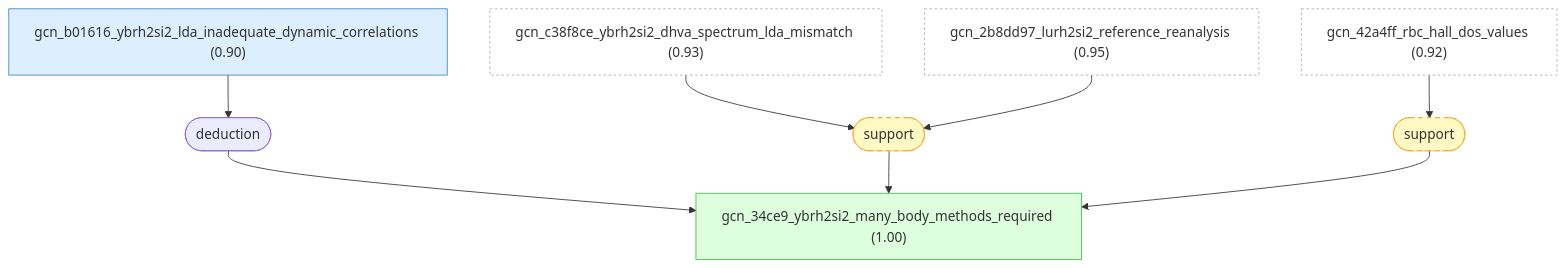
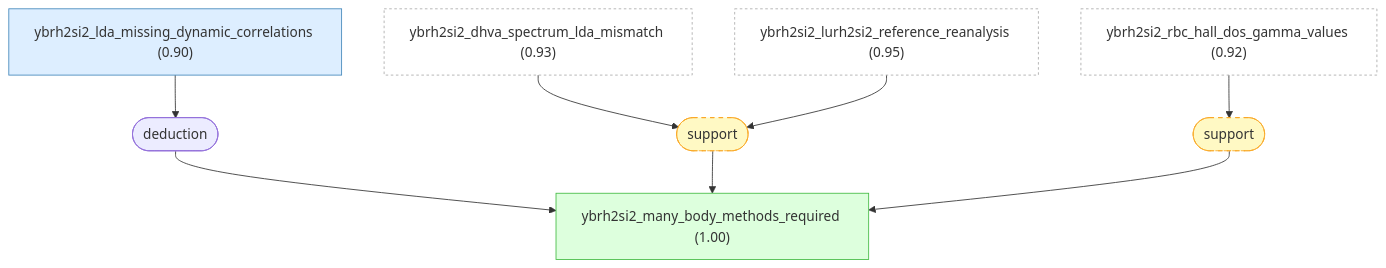
Before and after one commit to Callo42/fermi-liquid-effective-mass-gaia: diagram 12 of 13 in docs/detailed-reasoning.md, drawn with Mermaid. The commit also changed other lines of this file and 33 other files, not shown here.

````diff
--- a/docs/detailed-reasoning.md
+++ b/docs/detailed-reasoning.md
@@ -1170,28 +1170,28 @@
 ```mermaid
 graph TD
-    gcn_42a4ff_rbc_hall_dos_values["gcn_42a4ff_rbc_hall_dos_values (0.92)"]:::external
-    gcn_c38f8ce_ybrh2si2_dhva_spectrum_lda_mismatch["gcn_c38f8ce_ybrh2si2_dhva_spectrum_lda_mismatch (0.93)"]:::external
-    gcn_2b8dd97_lurh2si2_reference_reanalysis["gcn_2b8dd97_lurh2si2_reference_reanalysis (0.95)"]:::external
-    gcn_b01616_ybrh2si2_lda_inadequate_dynamic_correlations["gcn_b01616_ybrh2si2_lda_inadequate_dynamic_correlations (0.90)"]:::premise
-    gcn_34ce9_ybrh2si2_many_body_methods_required["gcn_34ce9_ybrh2si2_many_body_methods_required (1.00)"]:::derived
+    ybrh2si2_rbc_hall_dos_gamma_values["ybrh2si2_rbc_hall_dos_gamma_values (0.92)"]:::external
+    ybrh2si2_dhva_spectrum_lda_mismatch["ybrh2si2_dhva_spectrum_lda_mismatch (0.93)"]:::external
+    ybrh2si2_lurh2si2_reference_reanalysis["ybrh2si2_lurh2si2_reference_reanalysis (0.95)"]:::external
+    ybrh2si2_lda_missing_dynamic_correlations["ybrh2si2_lda_missing_dynamic_correlations (0.90)"]:::premise
+    ybrh2si2_many_body_methods_required["ybrh2si2_many_body_methods_required (1.00)"]:::derived
     strat_18(["deduction"])
-    gcn_b01616_ybrh2si2_lda_inadequate_dynamic_correlations --> strat_18
-    strat_18 --> gcn_34ce9_ybrh2si2_many_body_methods_required
+    ybrh2si2_lda_missing_dynamic_correlations --> strat_18
+    strat_18 --> ybrh2si2_many_body_methods_required
     strat_23(["support"]):::weak
-    gcn_c38f8ce_ybrh2si2_dhva_spectrum_lda_mismatch --> strat_23
-    gcn_2b8dd97_lurh2si2_reference_reanalysis --> strat_23
-    strat_23 --> gcn_34ce9_ybrh2si2_many_body_methods_required
+    ybrh2si2_dhva_spectrum_lda_mismatch --> strat_23
+    ybrh2si2_lurh2si2_reference_reanalysis --> strat_23
+    strat_23 --> ybrh2si2_many_body_methods_required
     strat_28(["support"]):::weak
-    gcn_42a4ff_rbc_hall_dos_values --> strat_28
-    strat_28 --> gcn_34ce9_ybrh2si2_many_body_methods_required
+    ybrh2si2_rbc_hall_dos_gamma_values --> strat_28
+    strat_28 --> ybrh2si2_many_body_methods_required
 
     classDef setting fill:#f0f0f0,stroke:#999,color:#333
     classDef premise fill:#ddeeff,stroke:#4488bb,color:#333
     classDef derived fill:#ddffdd,stroke:#44bb44,color:#333
     classDef question fill:#fff3dd,stroke:#cc9944,color:#333
     classDef background fill:#f5f5f5,stroke:#bbb,stroke-dasharray: 5 5,color:#333
     classDef orphan fill:#fff,stroke:#ccc,stroke-dasharray: 5 5,color:#333
     classDef external fill:#fff,stroke:#aaa,stroke-dasharray: 3 3,color:#333
     classDef weak fill:#fff9c4,stroke:#f9a825,stroke-dasharray: 5 5,color:#333
     classDef contra fill:#ffebee,stroke:#c62828,color:#333
 ```
````
